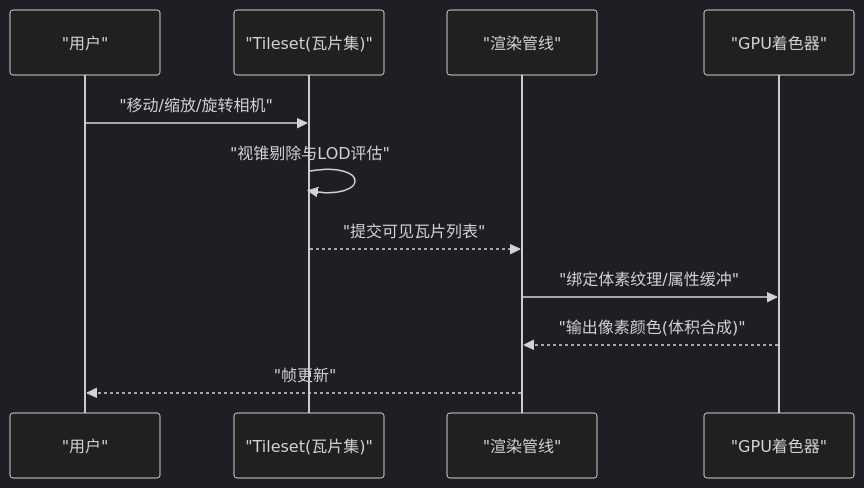
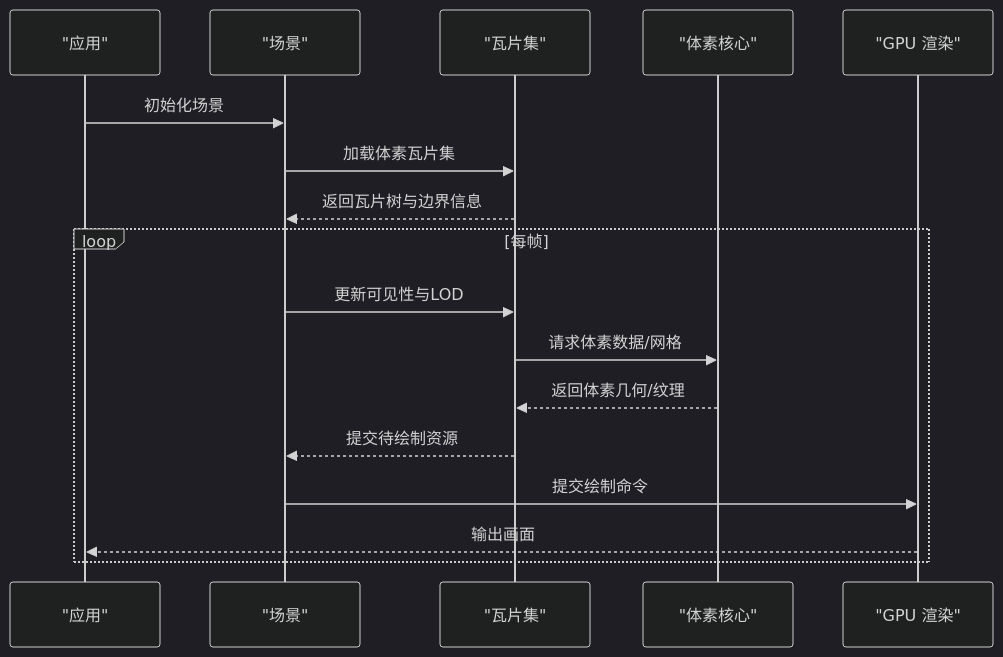
One commit to rzhangjing/cesium changed the second of 6 diagrams in .qoder/repowiki/zh/content/项目概述/核心特性/3D数据格式支持/体素数据渲染.md. Above: the diagram before and after it, drawn with Mermaid (dark theme). The commit also changed other lines of this file and 30 other files, not shown here.

````diff
--- a/.qoder/repowiki/zh/content/项目概述/核心特性/3D数据格式支持/体素数据渲染.md
+++ b/.qoder/repowiki/zh/content/项目概述/核心特性/3D数据格式支持/体素数据渲染.md
@@ -78,13 +93,19 @@
 ```mermaid
 sequenceDiagram
-participant U as "用户"
-participant T as "Tileset(瓦片集)"
-participant R as "渲染管线"
-participant S as "GPU着色器"
-U->>T : "移动/缩放/旋转相机"
-T->>T : "视锥剔除与LOD评估"
-T-->>R : "提交可见瓦片列表"
-R->>S : "绑定体素纹理/属性缓冲"
-S-->>R : "输出像素颜色(体积合成)"
-R-->>U : "帧更新"
+participant App as "应用"
+participant Scene as "场景"
+participant Tileset as "瓦片集"
+participant Voxel as "体素核心"
+participant GPU as "GPU 渲染"
+App->>Scene : 初始化场景
+Scene->>Tileset : 加载体素瓦片集
+Tileset-->>Scene : 返回瓦片树与边界信息
+loop 每帧
+Scene->>Tileset : 更新可见性与LOD
+Tileset->>Voxel : 请求体素数据/网格
+Voxel-->>Tileset : 返回体素几何/纹理
+Tileset-->>Scene : 提交待绘制资源
+Scene->>GPU : 提交绘制命令
+GPU-->>App : 输出画面
+end
 ```
````
